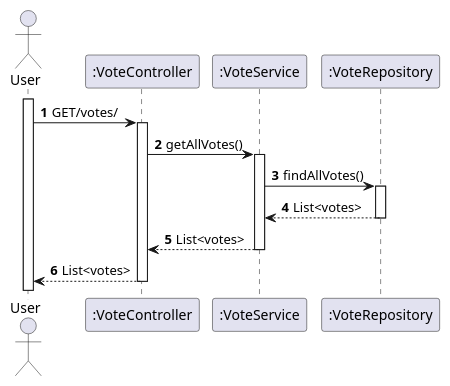
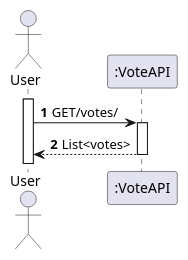
The diagram in Documentos/Vote_getAllVotes.puml (giovannaFantacini/VoteAPI2), drawn with PlantUML before and after one commit. The commit also changed 3 other files, not shown here.

Commit message:
Diagramas

```diff
--- a/Documentos/Vote_getAllVotes.puml
+++ b/Documentos/Vote_getAllVotes.puml
@@ -1,22 +1,15 @@
 @startuml
 'https://plantuml.com/sequence-diagram
 
 autoactivate on
 autonumber
 
 actor "User" as User
-participant ":VoteController" as Ctrl
-participant ":VoteService" as Service
-participant ":VoteRepository" as Rep
+participant ":VoteAPI" as vote1
 
 activate User
 
-User -> Ctrl: GET/votes/
-Ctrl -> Service: getAllVotes()
-Service -> Rep: findAllVotes()
-Rep --> Service: List<votes>
-Service --> Ctrl: List<votes>
-
-Ctrl --> User: List<votes>
+User -> vote1: GET/votes/
+vote1 --> User: List<votes>
 
 @enduml
```
